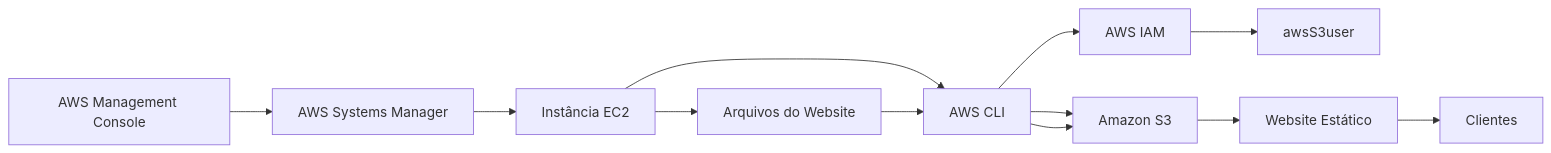
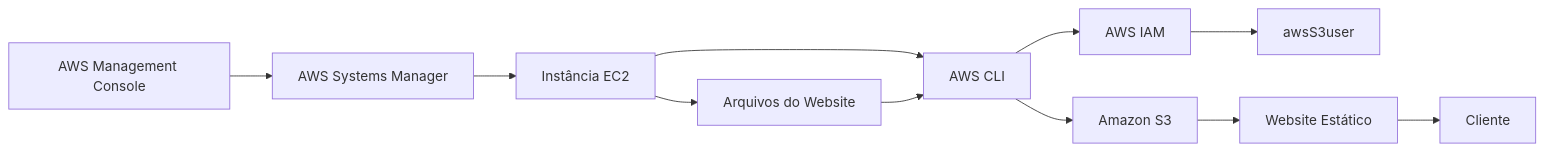
One commit to laisrdrgs/cloud-labs changed the second of 2 diagrams in 06-s3-website/README.md. Above: the diagram before and after it, drawn with Mermaid. The commit also changed other lines of this file, not shown here.

````diff
--- a/06-s3-website/README.md
+++ b/06-s3-website/README.md
@@ -336,17 +322,17 @@
 ```mermaid
 flowchart LR
     A["AWS Management Console"] --> B["AWS Systems Manager"]
     B --> C["Instância EC2"]
 
     C --> D["AWS CLI"]
+
     D --> E["AWS IAM"]
-    D --> F["Amazon S3"]
+    E --> F["awsS3user"]
 
-    E --> G["awsS3user"]
-    F --> H["Website Estático"]
-    H --> I["Clientes"]
+    D --> G["Amazon S3"]
+    G --> H["Website Estático"]
+    H --> I["Cliente"]
 
     C --> J["Arquivos do Website"]
     J --> D
-    D --> F
 ```
````
